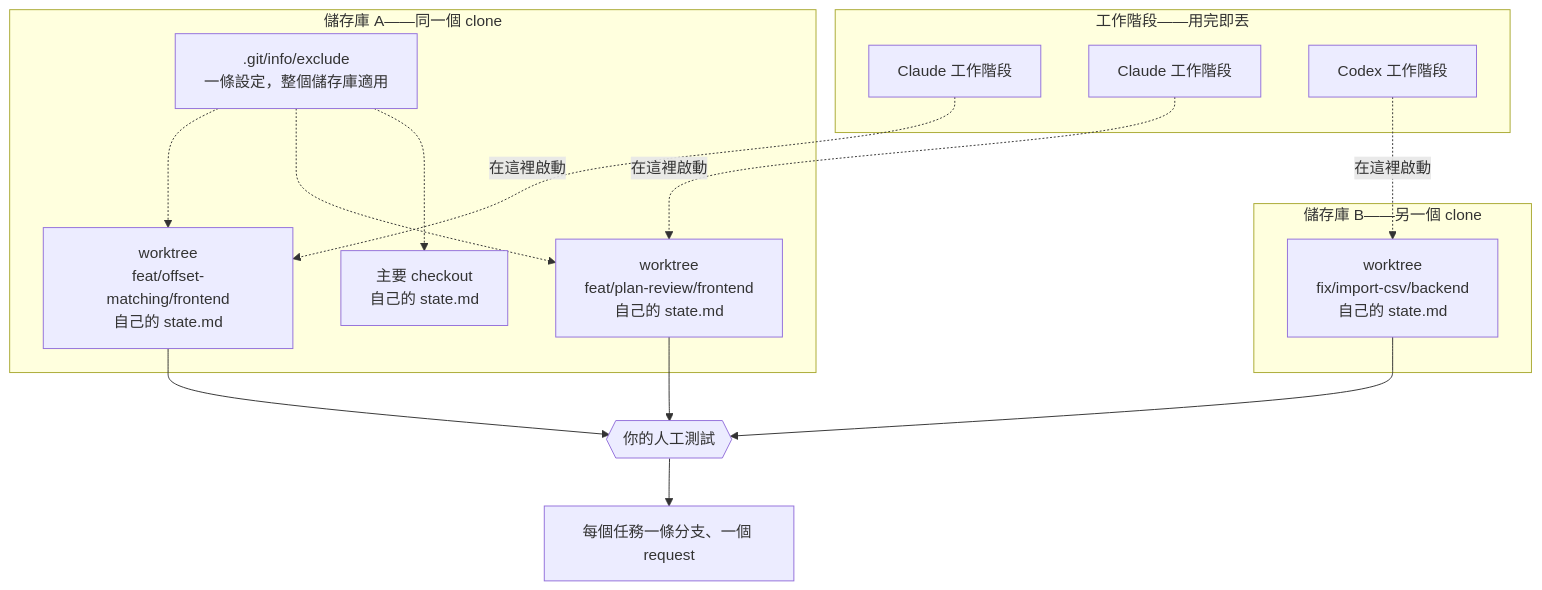
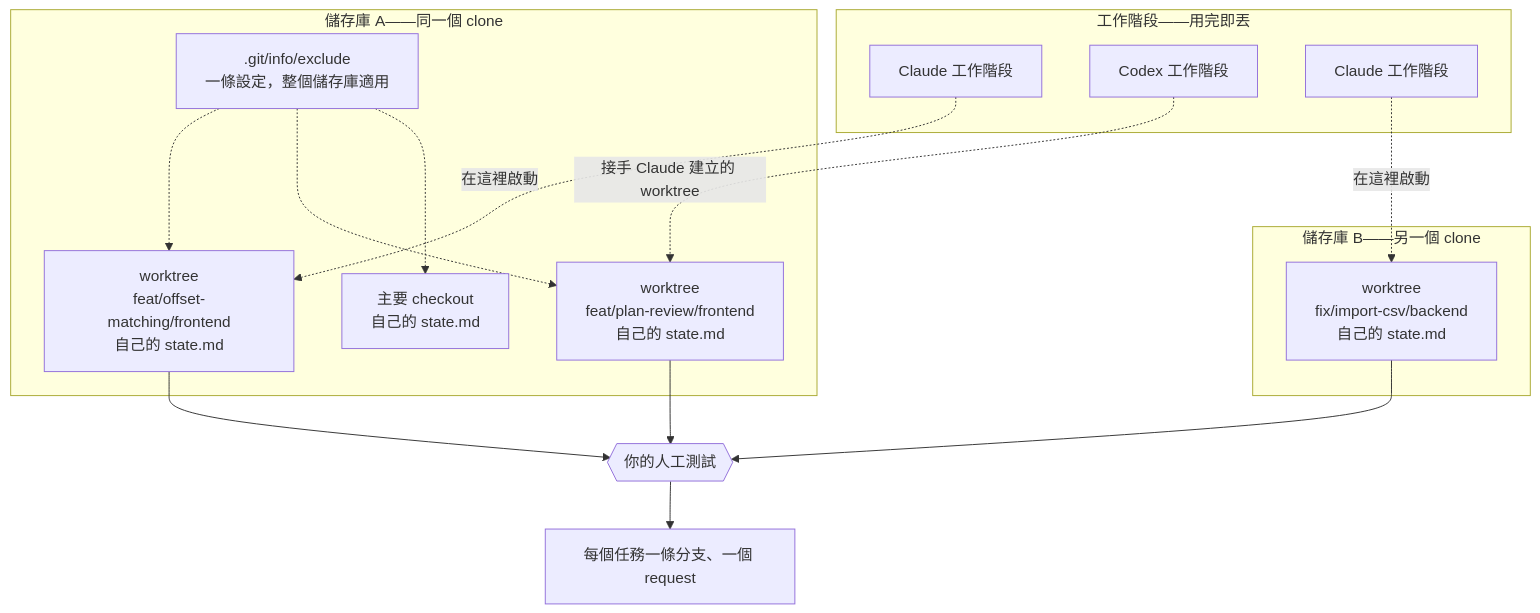
Before and after one commit to sherrilla71940/dotfiles: the third of 3 diagrams in README.zh-TW.md, drawn with Mermaid. The commit also changed other lines of this file and 1 other file, not shown here.

````diff
--- a/README.zh-TW.md
+++ b/README.zh-TW.md
@@ -317,35 +322,35 @@
 ```mermaid
 flowchart TB
     subgraph live["工作階段——用完即丟"]
         s1["Claude 工作階段"]
-        s2["Claude 工作階段"]
-        s3["Codex 工作階段"]
+        s2["Codex 工作階段"]
+        s3["Claude 工作階段"]
     end
 
     subgraph repoA["儲存庫 A——同一個 clone"]
         wa1["worktree<br/>feat/offset-matching/frontend<br/>自己的 state.md"]
         wa2["worktree<br/>feat/plan-review/frontend<br/>自己的 state.md"]
         ma["主要 checkout<br/>自己的 state.md"]
         ex[".git/info/exclude<br/>一條設定，整個儲存庫適用"]
     end
 
     subgraph repoB["儲存庫 B——另一個 clone"]
         wb1["worktree<br/>fix/import-csv/backend<br/>自己的 state.md"]
     end
 
     s1 -.->|"在這裡啟動"| wa1
-    s2 -.->|"在這裡啟動"| wa2
+    s2 -.->|"接手 Claude 建立的 worktree"| wa2
     s3 -.->|"在這裡啟動"| wb1
 
     ex -.-> wa1
     ex -.-> wa2
     ex -.-> ma
 
     gate{{"你的人工測試"}}
     out["每個任務一條分支、一個 request"]
 
     wa1 --> gate
     wa2 --> gate
     wb1 --> gate
     gate --> out
 ```
````
